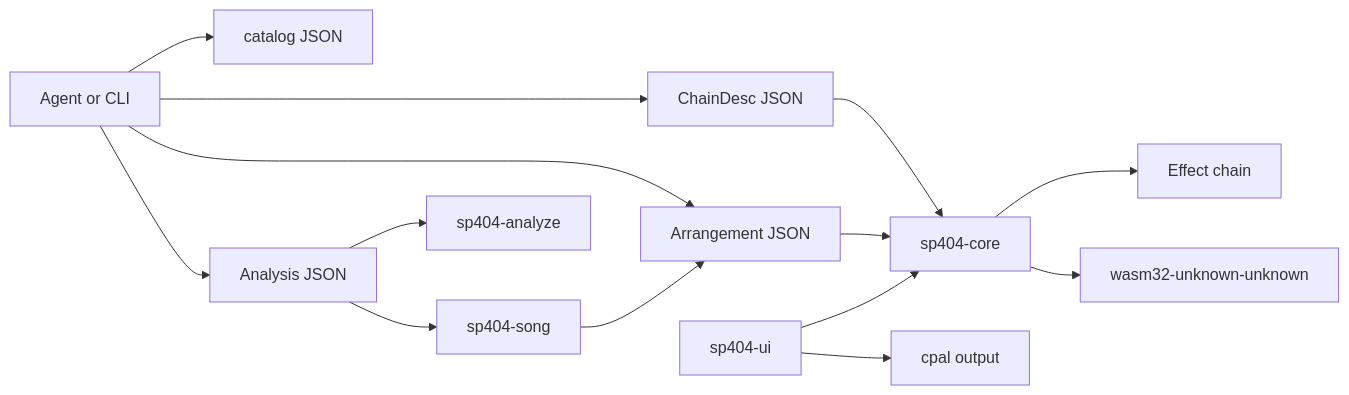
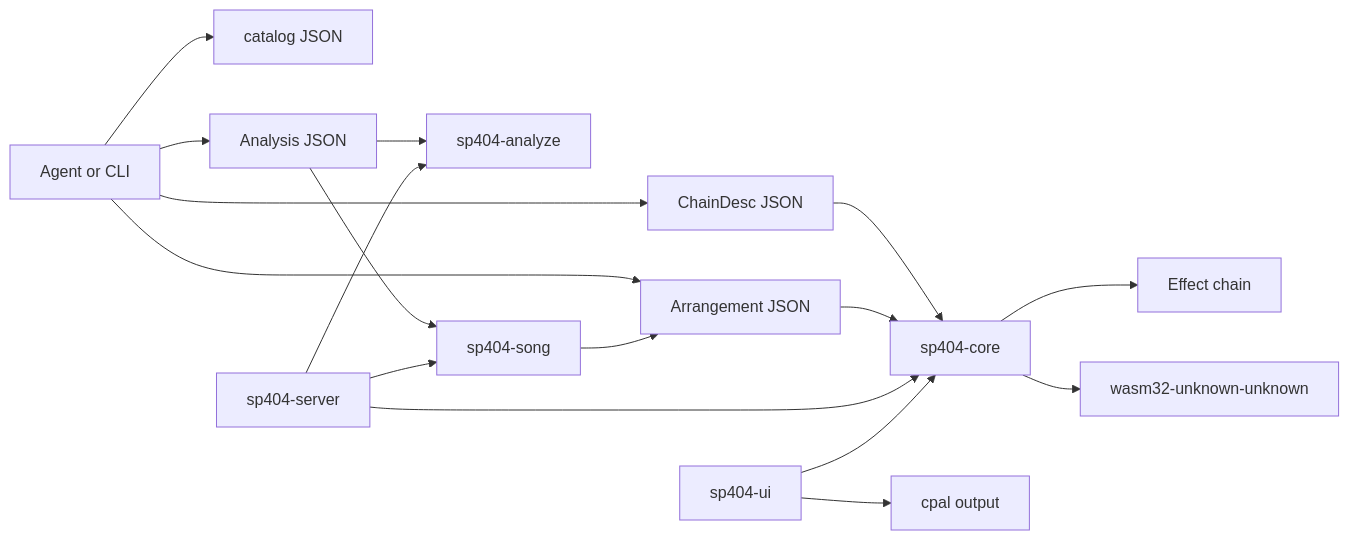
One commit to gundam-wing/sp404 changed the diagram in README.md. Above: the diagram before and after it, drawn with Mermaid. The commit also changed other lines of this file and 10 other files, not shown here.

First line of the commit message:
Add an in-memory HTTP server for analyze, chop, generate, and render.

````diff
--- a/README.md
+++ b/README.md
@@ -17,16 +18,19 @@
 ```mermaid
 flowchart LR
   agent["Agent or CLI"] --> catalog["catalog JSON"]
   agent --> chain["ChainDesc JSON"]
   agent --> plan["Arrangement JSON"]
   agent --> analysis["Analysis JSON"]
   chain --> core["sp404-core"]
   plan --> core
   analysis --> analyze["sp404-analyze"]
   analysis --> song["sp404-song"]
   song --> plan
+  server["sp404-server"] --> analyze
+  server --> song
+  server --> core
   ui["sp404-ui"] --> core
   core --> effects["Effect chain"]
   ui --> device["cpal output"]
   core --> wasm["wasm32-unknown-unknown"]
 ```
````
